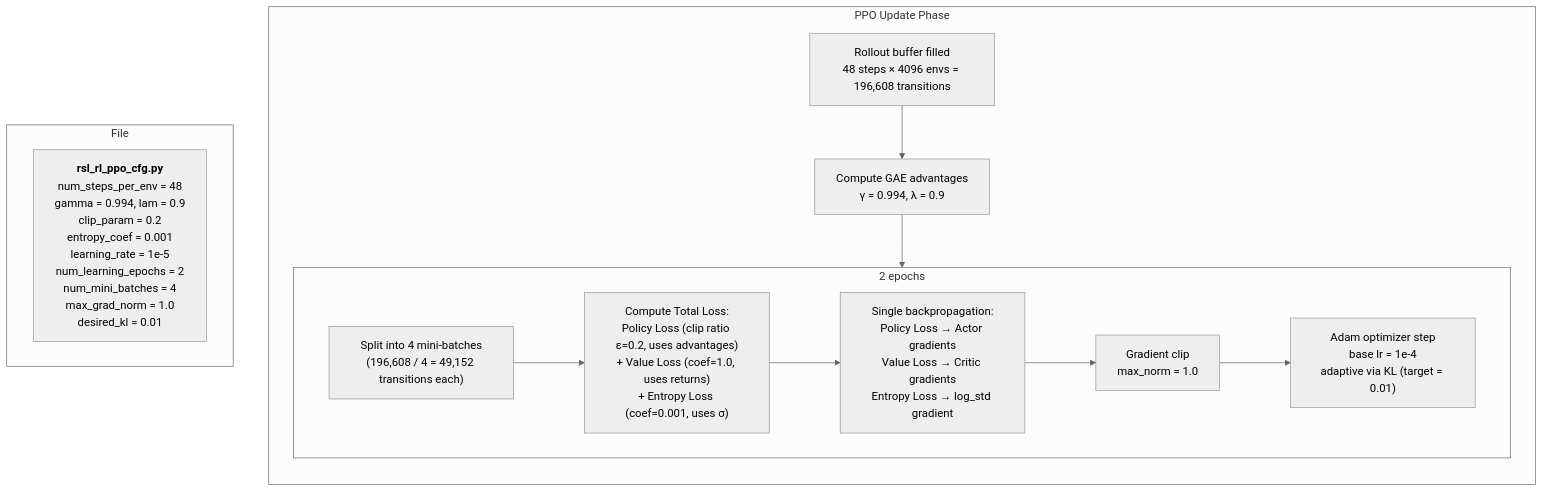
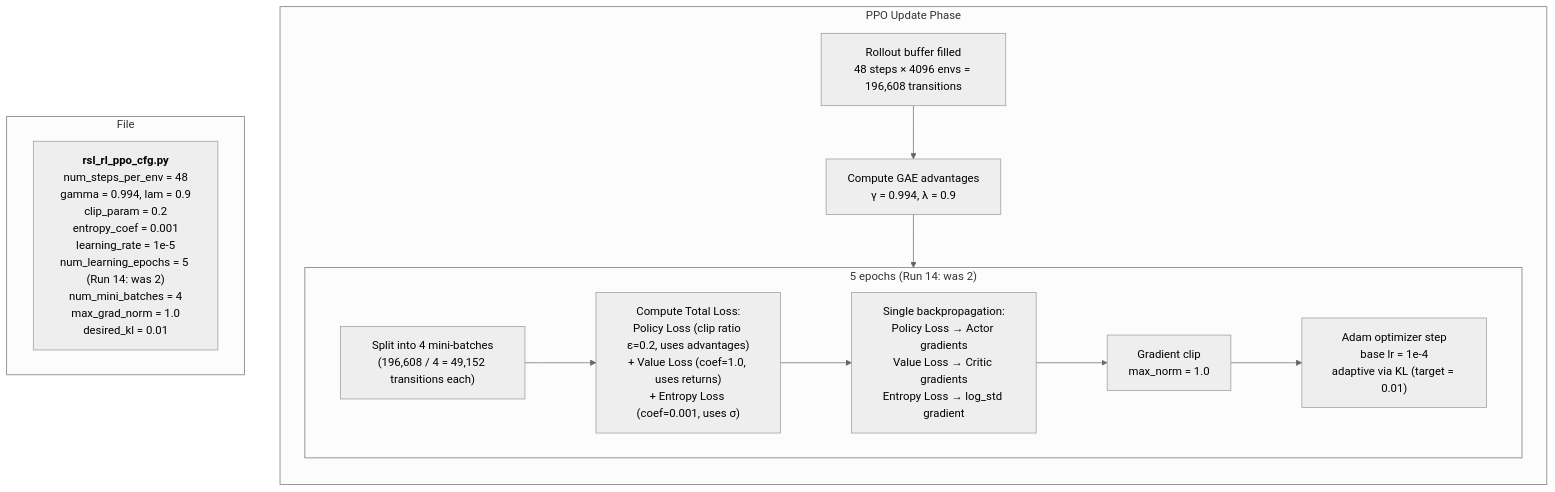
The seventh of 8 diagrams in docs/TRAINING_FLOW.md (armmarov/armrobot), drawn with Mermaid (neutral theme) before and after one commit. The commit also changed other lines of this file and 4 other files, not shown here.

````diff
--- a/docs/TRAINING_FLOW.md
+++ b/docs/TRAINING_FLOW.md
@@ -182,21 +182,21 @@
 ```mermaid
 flowchart TB
     subgraph PPO["PPO Update Phase"]
         direction TB
         BUF["Rollout buffer filled<br/>48 steps × 4096 envs = 196,608 transitions"]
         GAE["Compute GAE advantages<br/>γ = 0.994, λ = 0.9"]
-        subgraph EPOCHS["2 epochs"]
+        subgraph EPOCHS["5 epochs (Run 14: was 2)"]
             MINI["Split into 4 mini-batches<br/>(196,608 / 4 = 49,152 transitions each)"]
             LOSS["Compute Total Loss:<br/>Policy Loss (clip ratio ε=0.2, uses advantages)<br/>+ Value Loss (coef=1.0, uses returns)<br/>+ Entropy Loss (coef=0.001, uses σ)"]
             BACK["Single backpropagation:<br/>Policy Loss → Actor gradients<br/>Value Loss → Critic gradients<br/>Entropy Loss → log_std gradient"]
             GRAD["Gradient clip<br/>max_norm = 1.0"]
             LR["Adam optimizer step<br/>base lr = 1e-4<br/>adaptive via KL (target = 0.01)"]
             MINI --> LOSS --> BACK --> GRAD --> LR
         end
         BUF --> GAE --> EPOCHS
     end
 
     subgraph FILES6["File"]
-        F6["<b>rsl_rl_ppo_cfg.py</b><br/>num_steps_per_env = 48<br/>gamma = 0.994, lam = 0.9<br/>clip_param = 0.2<br/>entropy_coef = 0.001<br/>learning_rate = 1e-5<br/>num_learning_epochs = 2<br/>num_mini_batches = 4<br/>max_grad_norm = 1.0<br/>desired_kl = 0.01"]
+        F6["<b>rsl_rl_ppo_cfg.py</b><br/>num_steps_per_env = 48<br/>gamma = 0.994, lam = 0.9<br/>clip_param = 0.2<br/>entropy_coef = 0.001<br/>learning_rate = 1e-5<br/>num_learning_epochs = 5 (Run 14: was 2)<br/>num_mini_batches = 4<br/>max_grad_norm = 1.0<br/>desired_kl = 0.01"]
     end
 ```
````
